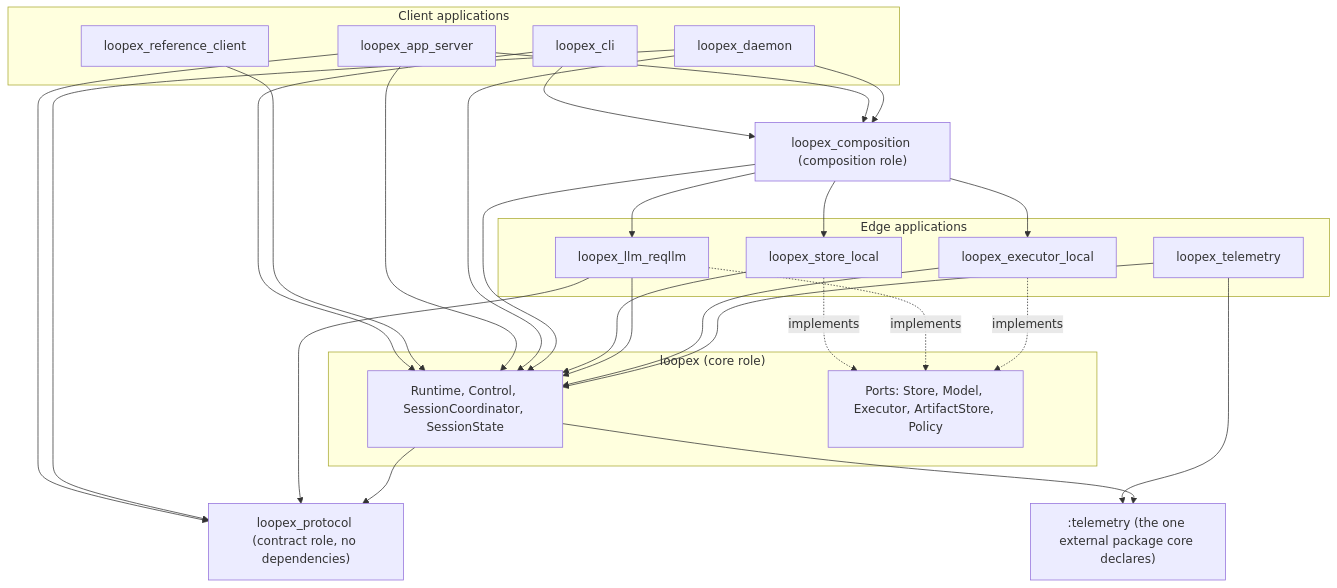
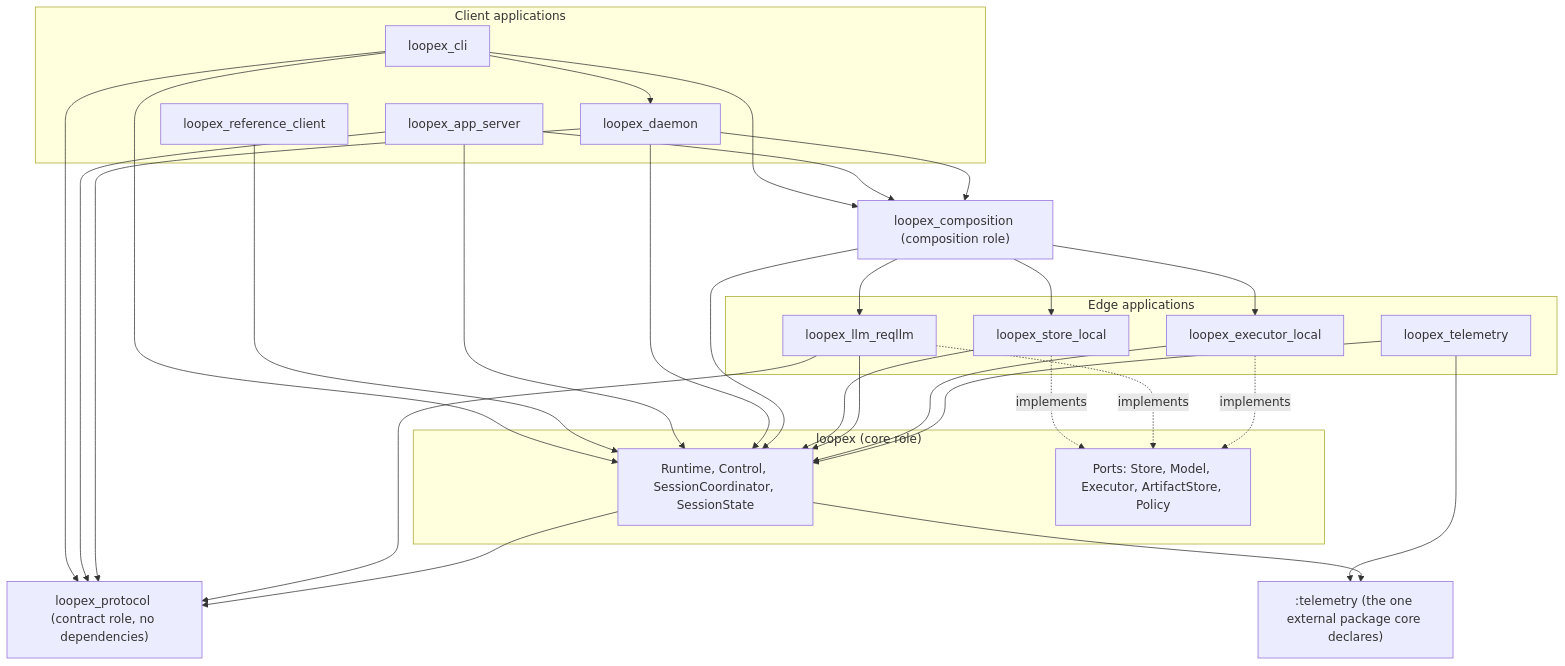
One commit to lexlapax/loopex changed the first of 2 diagrams in docs/developer/architecture.md. Above: the diagram before and after it, drawn with Mermaid. The commit also changed other lines of this file and 4 other files, not shown here.

````diff
--- a/docs/developer/architecture.md
+++ b/docs/developer/architecture.md
@@ -69,51 +69,53 @@
 ```mermaid
 flowchart TB
     subgraph Clients["Client applications"]
       CLI["loopex_cli"]
       REF["loopex_reference_client"]
       APPS["loopex_app_server"]
       DAEMON["loopex_daemon"]
     end
 
     COMP["loopex_composition (composition role)"]
 
     subgraph Kernel["loopex (core role)"]
       RUNTIME["Runtime, Control, SessionCoordinator, SessionState"]
       PORTS["Ports: Store, Model, Executor, ArtifactStore, Policy"]
     end
 
     PROTO["loopex_protocol (contract role, no dependencies)"]
     TEL[":telemetry (the one external package core declares)"]
 
     subgraph Edges["Edge applications"]
       STORE["loopex_store_local"]
       LLM["loopex_llm_reqllm"]
       EXEC["loopex_executor_local"]
       TELE["loopex_telemetry"]
     end
 
     CLI --> COMP
     CLI --> RUNTIME
+    CLI --> DAEMON
+    CLI --> PROTO
     REF --> RUNTIME
     APPS --> COMP
     APPS --> RUNTIME
     APPS --> PROTO
     DAEMON --> COMP
     DAEMON --> RUNTIME
     DAEMON --> PROTO
     COMP --> RUNTIME
     COMP --> STORE
     COMP --> LLM
     COMP --> EXEC
     STORE --> RUNTIME
     LLM --> RUNTIME
     EXEC --> RUNTIME
     TELE --> RUNTIME
     TELE --> TEL
     LLM --> PROTO
     RUNTIME --> PROTO
     RUNTIME --> TEL
     STORE -. implements .-> PORTS
     LLM -. implements .-> PORTS
     EXEC -. implements .-> PORTS
 ```
````
